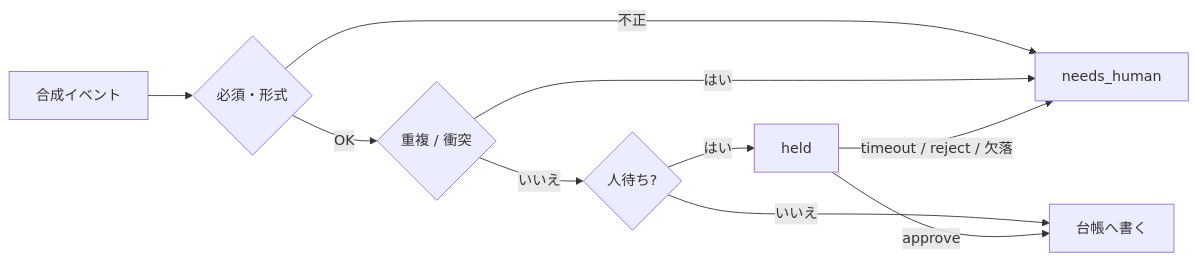
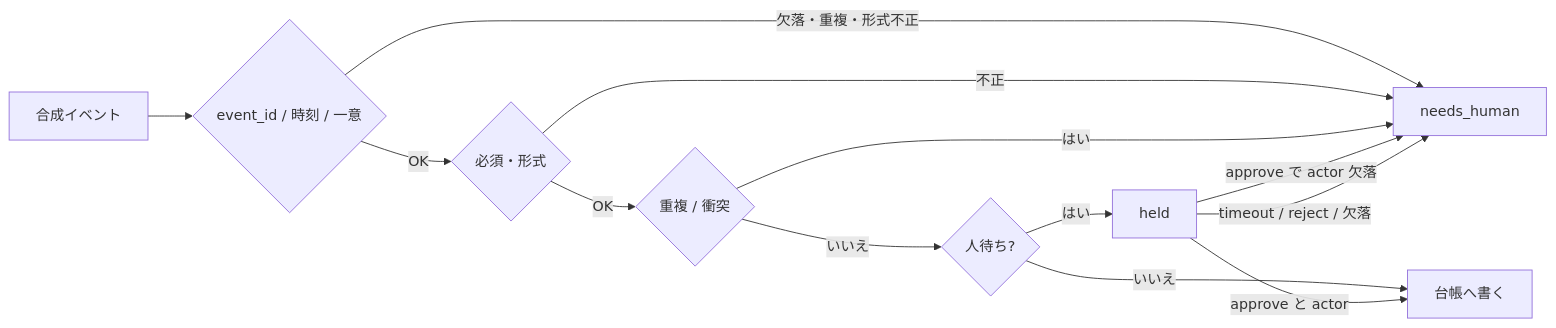
One commit to rimone0511/autopilot-log changed the diagram in ops/earn/earn-showcase-p3-failstop-20260916/README.md. Above: the diagram before and after it, drawn with Mermaid. The commit also changed other lines of this file and 7 other files, not shown here.

````diff
--- a/ops/earn/earn-showcase-p3-failstop-20260916/README.md
+++ b/ops/earn/earn-showcase-p3-failstop-20260916/README.md
@@ -30,12 +31,15 @@
 ```mermaid
 flowchart LR
-  E[合成イベント] --> V{必須・形式}
-  V -->|不正| H[needs_human]
+  E[合成イベント] --> ENV{event_id / 時刻 / 一意}
+  ENV -->|欠落・重複・形式不正| H[needs_human]
+  ENV -->|OK| V{必須・形式}
+  V -->|不正| H
   V -->|OK| D{重複 / 衝突}
   D -->|はい| H
   D -->|いいえ| W{人待ち?}
   W -->|いいえ| L[台帳へ書く]
   W -->|はい| P[held]
-  P -->|approve| L
+  P -->|approve と actor| L
+  P -->|approve で actor 欠落| H
   P -->|timeout / reject / 欠落| H
 ```
````
